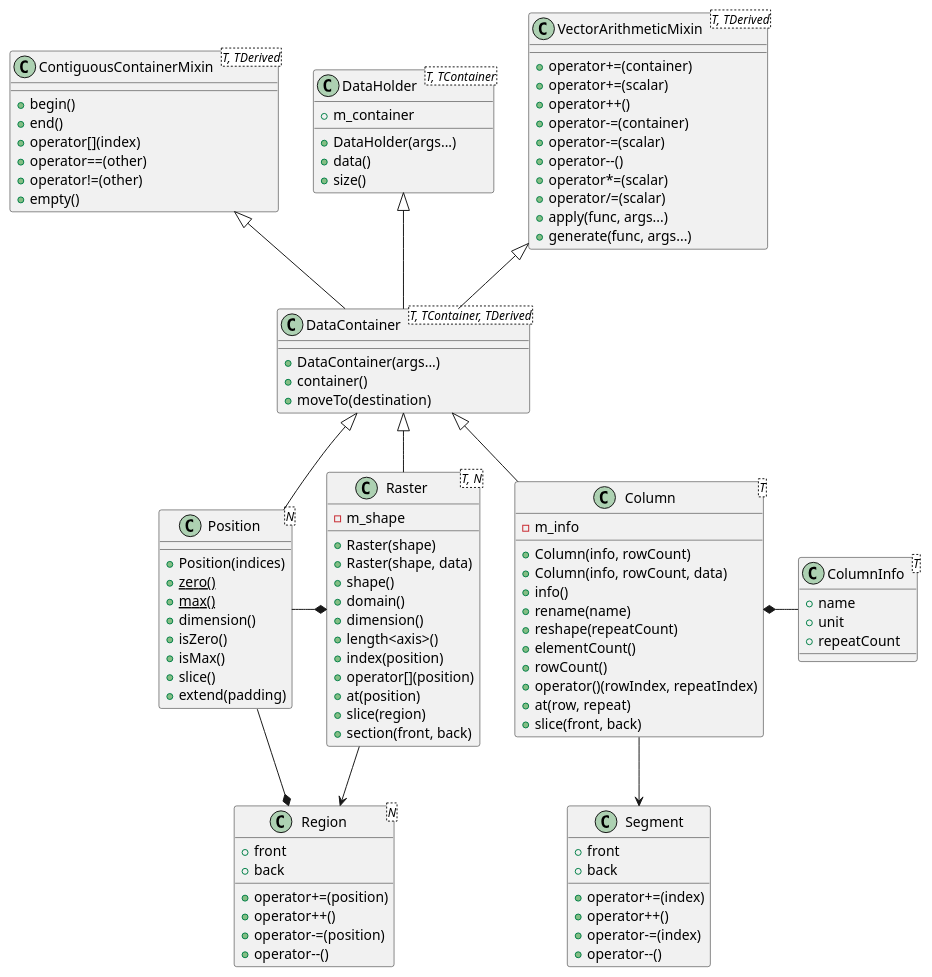
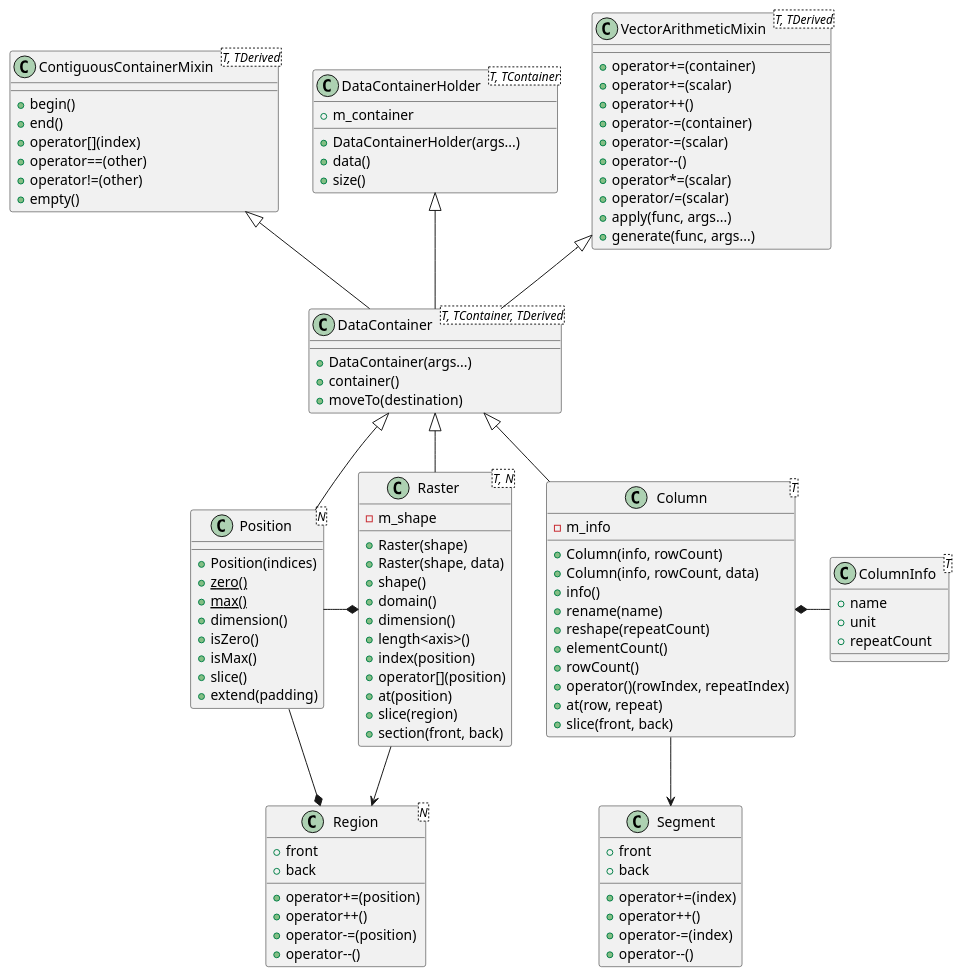
Before and after one commit to CNES/EleFits: the diagram in doc/diagrams/src/FitsData.puml, drawn with PlantUML. The commit also changed 1 other file, not shown here.

Commit message:
Rename DataHolder as DataContainerHolder

```diff
--- a/doc/diagrams/src/FitsData.puml
+++ b/doc/diagrams/src/FitsData.puml
@@ -1,105 +1,103 @@
 @startuml
 class ContiguousContainerMixin<T, TDerived> {
 + begin()
 + end()
 + operator[](index)
 + operator==(other)
 + operator!=(other)
 + empty()
 }
-class DataHolder<T, TContainer> {
+class DataContainerHolder<T, TContainer> {
 + m_container
-+ DataHolder(args...)
++ DataContainerHolder(args...)
 + data()
 + size()
 }
 class VectorArithmeticMixin<T, TDerived> {
 + operator+=(container)
 + operator+=(scalar)
 + operator++()
 + operator-=(container)
 + operator-=(scalar)
 + operator--()
 + operator*=(scalar)
 + operator/=(scalar)
 + apply(func, args...)
 + generate(func, args...)
 }
 class DataContainer<T, TContainer, TDerived> {
 + DataContainer(args...)
 + container()
 + moveTo(destination)
-}
-class DataContainer<T, TContainer, TDerived> {
 }
 class Position<N> {
 + Position(indices)
 + {static} zero()
 + {static} max()
 + dimension()
 + isZero()
 + isMax()
 + slice()
 + extend(padding)
 }
 class Region<N> {
 + front
 + back
 + operator+=(position)
 + operator++()
 + operator-=(position)
 + operator--()
 }
 class Raster<T, N> {
 - m_shape
 + Raster(shape)
 + Raster(shape, data)
 + shape()
 + domain()
 + dimension()
 + length<axis>()
 + index(position)
 + operator[](position)
 + at(position)
 + slice(region)
 + section(front, back)
 }
 class Column<T> {
 - m_info
 + Column(info, rowCount)
 + Column(info, rowCount, data)
 + info()
 + rename(name)
 + reshape(repeatCount)
 + elementCount()
 + rowCount()
 + operator()(rowIndex, repeatIndex)
 + at(row, repeat)
 + slice(front, back)
 }
 class ColumnInfo<T> {
 + name
 + unit
 + repeatCount
 }
 class Segment {
 + front
 + back
 + operator+=(index)
 + operator++()
 + operator-=(index)
 + operator--()
 }
 
 ContiguousContainerMixin <|-- DataContainer
-DataHolder <|-- DataContainer
+DataContainerHolder <|-- DataContainer
 VectorArithmeticMixin <|-- DataContainer
 DataContainer <|-- Position
 DataContainer <|-- Raster
 DataContainer <|-- Column
 Position --* Region
 Position -* Raster
 Raster --> Region
 Column *- ColumnInfo
 Column --> Segment
 @enduml
```
